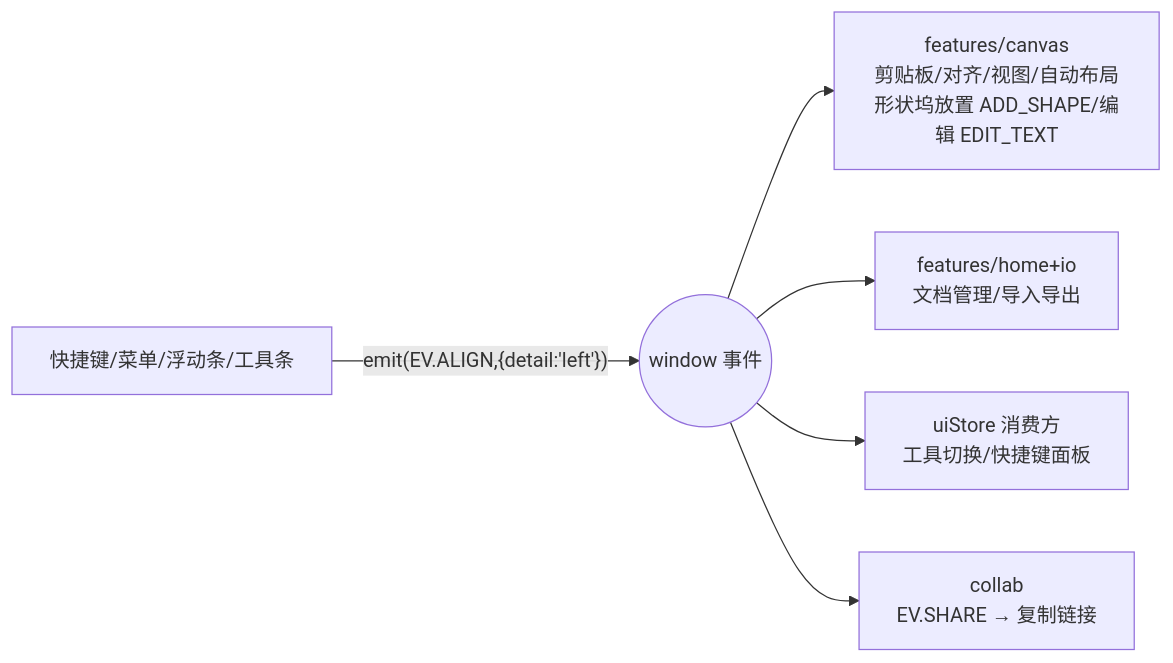
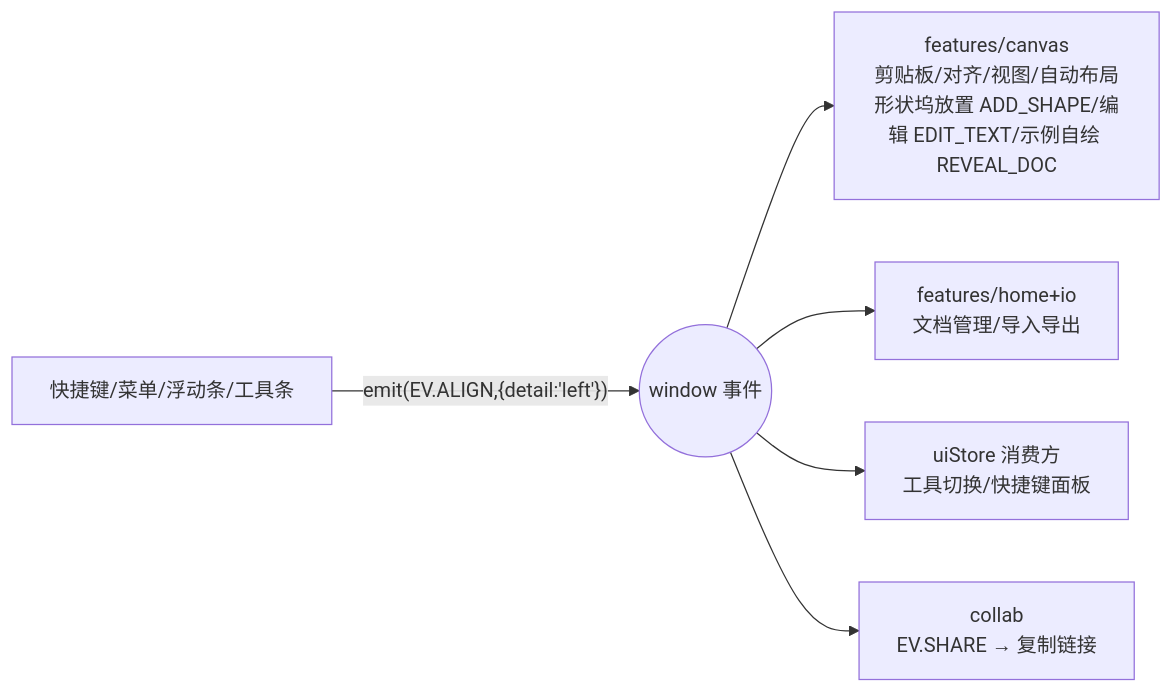
One commit to Aqua196/diagramstudio changed the sixth of 6 diagrams in docs/ARCHITECTURE.md. Above: the diagram before and after it, drawn with Mermaid. The commit also changed other lines of this file and 46 other files, not shown here.

First line of the commit message:
refactor: 修复概要设计检查发现的耦合与冗余，思维导图导出不再带出折叠钮

````diff
--- a/docs/ARCHITECTURE.md
+++ b/docs/ARCHITECTURE.md
@@ -280,8 +279,8 @@
 ```mermaid
 flowchart LR
     KB[快捷键/菜单/浮动条/工具条] -- "emit(EV.ALIGN,{detail:'left'})" --> BUS((window 事件))
-    BUS --> CV3[features/canvas<br/>剪贴板/对齐/视图/自动布局<br/>形状坞放置 ADD_SHAPE/编辑 EDIT_TEXT]
+    BUS --> CV3[features/canvas<br/>剪贴板/对齐/视图/自动布局<br/>形状坞放置 ADD_SHAPE/编辑 EDIT_TEXT/示例自绘 REVEAL_DOC]
     BUS --> HOME2[features/home+io<br/>文档管理/导入导出]
     BUS --> UIS[uiStore 消费方<br/>工具切换/快捷键面板]
     BUS --> CLB[collab<br/>EV.SHARE → 复制链接]
 ```
````
